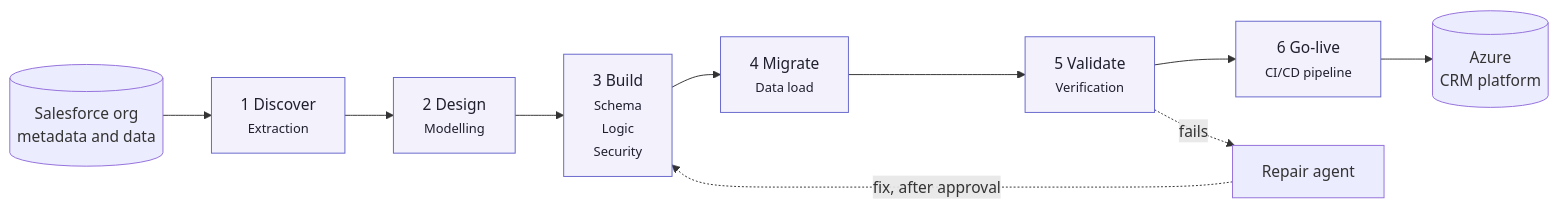
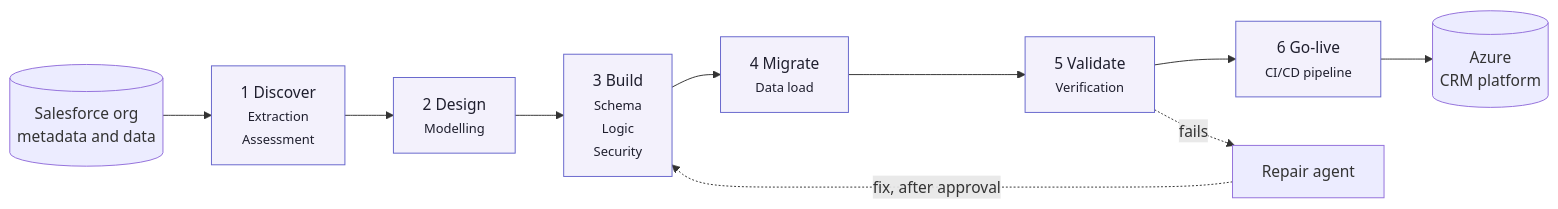
Before and after one commit to himantgupta-alt/crm-genie: the diagram in adlc/2-design/modelling/design/diagrams/architecture.mmd, drawn with Mermaid. The commit also changed 76 other files, not shown here.

```diff
--- a/adlc/2-design/modelling/design/diagrams/architecture.mmd
+++ b/adlc/2-design/modelling/design/diagrams/architecture.mmd
@@ -1,18 +1,18 @@
 flowchart LR
   SF[("Salesforce org<br/>metadata and data")]
-  P0["1 Discover<br/><small>Extraction</small>"]
+  P0["1 Discover<br/><small>Extraction<br/>Assessment</small>"]
   SF --> P0
   P1["2 Design<br/><small>Modelling</small>"]
   P0 --> P1
   P2["3 Build<br/><small>Schema<br/>Logic<br/>Security</small>"]
   P1 --> P2
   P3["4 Migrate<br/><small>Data load</small>"]
   P2 --> P3
   P4["5 Validate<br/><small>Verification</small>"]
   P3 --> P4
   P5["6 Go-live<br/><small>CI/CD pipeline</small>"]
   P4 --> P5
   P5 --> AZ[("Azure<br/>CRM platform")]
   P4 -. "fails" .-> R["Repair agent"] -. "fix, after approval" .-> P2
   classDef phase fill:#F3F1FC,stroke:#6666CC,color:#1F1F2E;
   class P0,P1,P2,P3,P4,P5 phase;
```
